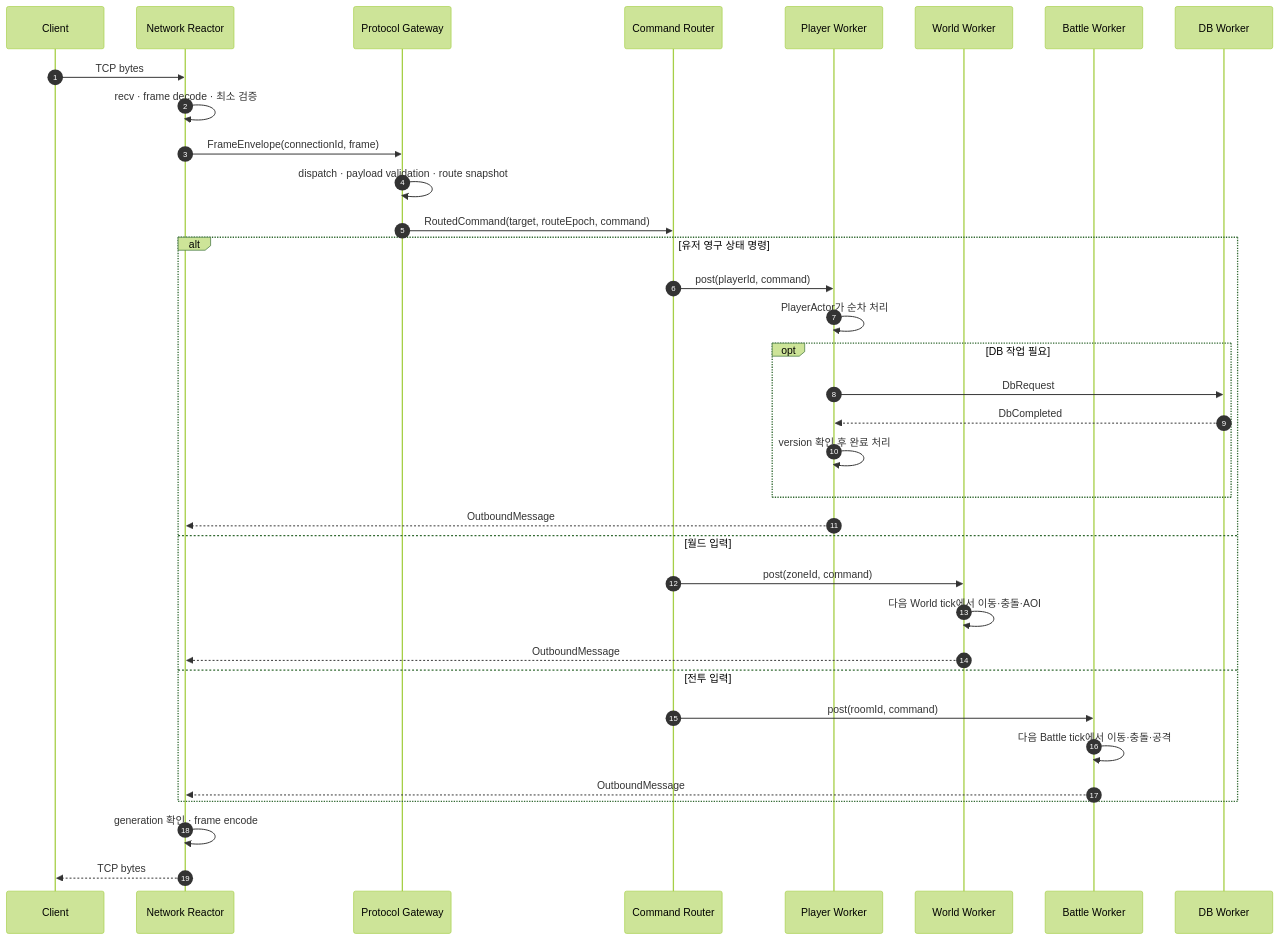
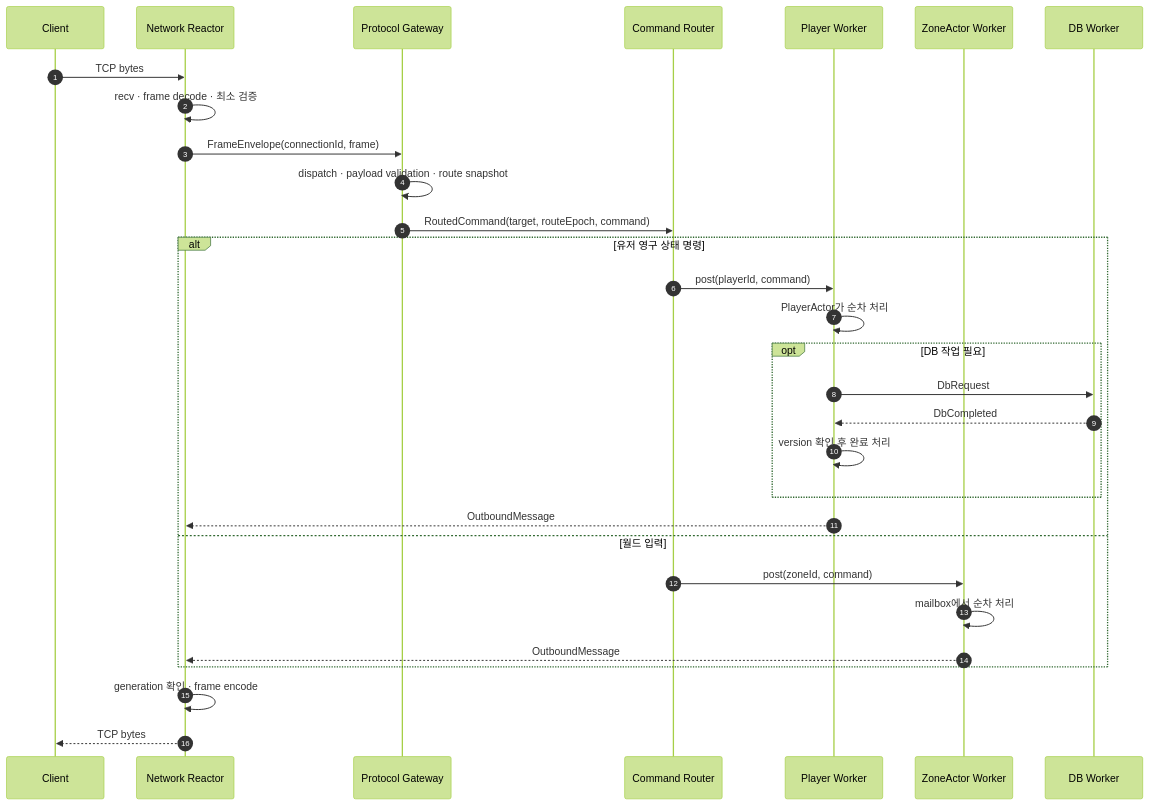
One commit to oak-cassia/SnF changed the second of 3 diagrams in docs/server-architecture-draft.md. Above: the diagram before and after it, drawn with Mermaid (forest theme). The commit also changed other lines of this file and 30 other files, not shown here.

````diff
--- a/docs/server-architecture-draft.md
+++ b/docs/server-architecture-draft.md
@@ -359,40 +410,35 @@
 ```mermaid
 sequenceDiagram
     autonumber
     participant C as Client
     participant N as Network Reactor
     participant G as Protocol Gateway
     participant R as Command Router
     participant P as Player Worker
-    participant W as World Worker
-    participant B as Battle Worker
+    participant W as ZoneActor Worker
     participant D as DB Worker
 
     C->>N: TCP bytes
     N->>N: recv · frame decode · 최소 검증
     N->>G: FrameEnvelope(connectionId, frame)
     G->>G: dispatch · payload validation · route snapshot
     G->>R: RoutedCommand(target, routeEpoch, command)
 
     alt 유저 영구 상태 명령
         R->>P: post(playerId, command)
         P->>P: PlayerActor가 순차 처리
         opt DB 작업 필요
             P->>D: DbRequest
             D-->>P: DbCompleted
             P->>P: version 확인 후 완료 처리
         end
         P-->>N: OutboundMessage
     else 월드 입력
         R->>W: post(zoneId, command)
-        W->>W: 다음 World tick에서 이동·충돌·AOI
+        W->>W: mailbox에서 순차 처리
         W-->>N: OutboundMessage
-    else 전투 입력
-        R->>B: post(roomId, command)
-        B->>B: 다음 Battle tick에서 이동·충돌·공격
-        B-->>N: OutboundMessage
     end
 
     N->>N: generation 확인 · frame encode
     N-->>C: TCP bytes
 ```
````
